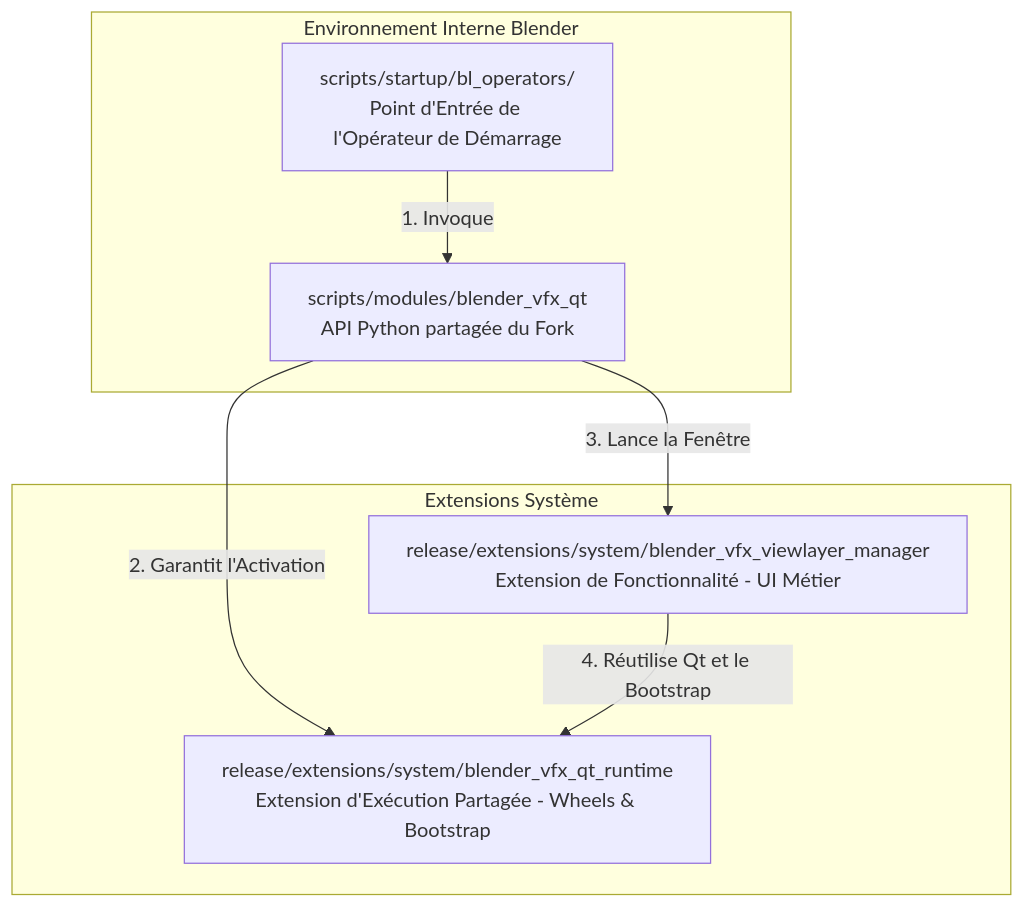
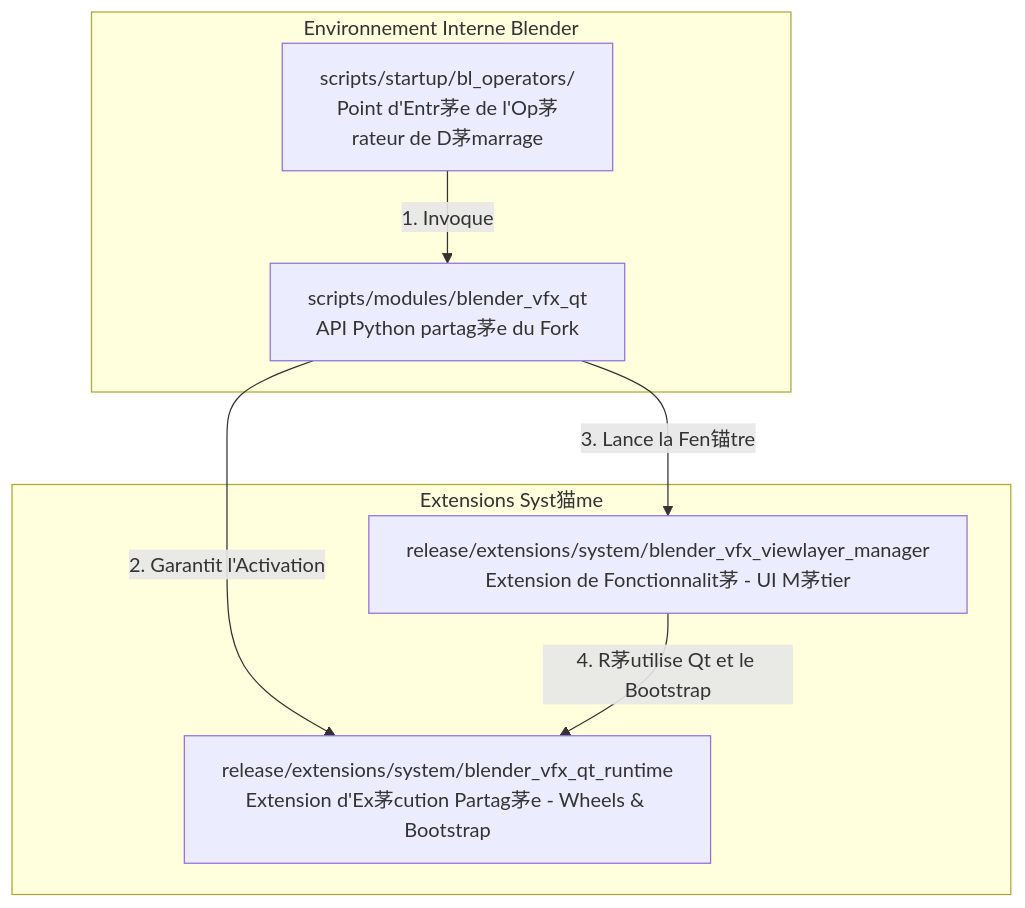
One commit to RolandVyens/industrial-cg-platform-docs changed the diagram in docs/fr/industrial-cg-platform/api/bqt-usage.md. Above: the diagram before and after it, drawn with Mermaid. The commit also changed other lines of this file and 113 other files, not shown here.

````diff
--- a/docs/fr/industrial-cg-platform/api/bqt-usage.md
+++ b/docs/fr/industrial-cg-platform/api/bqt-usage.md
@@ -13,17 +13,17 @@
 ```mermaid
 graph TD
     subgraph Environnement Interne Blender
-        OP[scripts/startup/bl_operators/<br>Point d'Entrée de l'Opérateur de Démarrage]
-        SH[scripts/modules/blender_vfx_qt<br>API Python partagée du Fork]
+        OP[scripts/startup/bl_operators/<br>Point d'Entr茅e de l'Op茅rateur de D茅marrage]
+        SH[scripts/modules/blender_vfx_qt<br>API Python partag茅e du Fork]
     end
 
-    subgraph Extensions Système
-        FE[release/extensions/system/blender_vfx_viewlayer_manager<br>Extension de Fonctionnalité - UI Métier]
-        RT[release/extensions/system/blender_vfx_qt_runtime<br>Extension d'Exécution Partagée - Wheels & Bootstrap]
+    subgraph Extensions Syst猫me
+        FE[release/extensions/system/blender_vfx_viewlayer_manager<br>Extension de Fonctionnalit茅 - UI M茅tier]
+        RT[release/extensions/system/blender_vfx_qt_runtime<br>Extension d'Ex茅cution Partag茅e - Wheels & Bootstrap]
     end
 
     OP -->|1. Invoque| SH
     SH -->|2. Garantit l'Activation| RT
-    SH -->|3. Lance la Fenêtre| FE
-    FE -->|4. Réutilise Qt et le Bootstrap| RT
+    SH -->|3. Lance la Fen锚tre| FE
+    FE -->|4. R茅utilise Qt et le Bootstrap| RT
 ```
````
